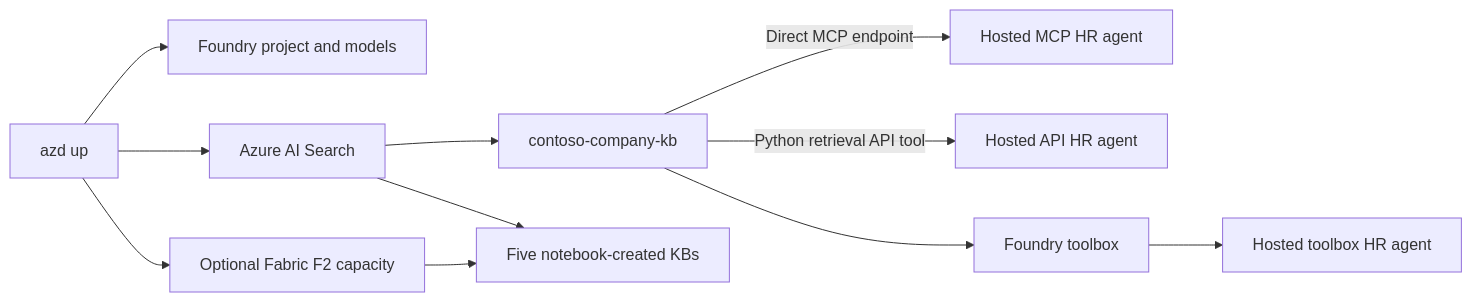
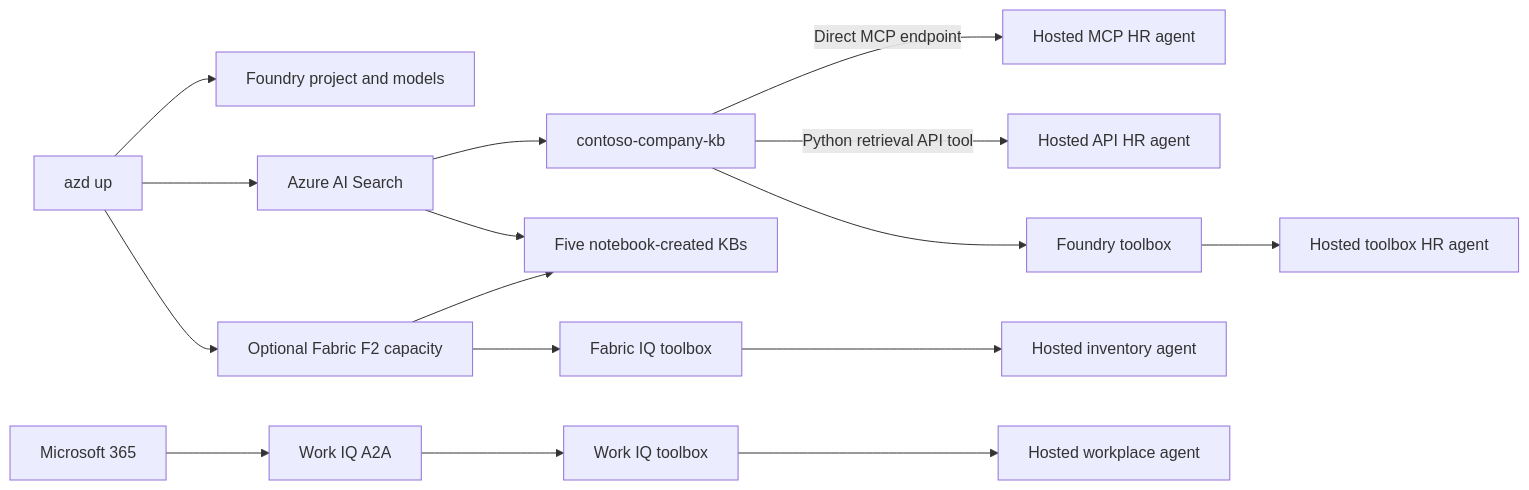
Before and after one commit to microsoft/iqdeepdive: the diagram in README.md, drawn with Mermaid. The commit also changed other lines of this file and 24 other files, not shown here.

Commit message:
Add examples with Fabric IQ and workIQ via Foundry Toolbox

````diff
--- a/README.md
+++ b/README.md
@@ -11,13 +11,18 @@
 ```mermaid
 flowchart LR
   azd[azd up] --> foundry[Foundry project and models]
   azd --> search[Azure AI Search]
   azd --> fabric[Optional Fabric F2 capacity]
   search --> agentkb[contoso-company-kb]
   agentkb -->|Direct MCP endpoint| mcpagent[Hosted MCP HR agent]
   agentkb -->|Python retrieval API tool| apiagent[Hosted API HR agent]
   agentkb --> toolbox[Foundry toolbox]
   toolbox --> toolboxagent[Hosted toolbox HR agent]
   search --> notebooks[Five notebook-created KBs]
   fabric --> notebooks
+  fabric --> fabrictoolbox[Fabric IQ toolbox]
+  fabrictoolbox --> fabricagent[Hosted inventory agent]
+  m365[Microsoft 365] --> workiq[Work IQ A2A]
+  workiq --> workiqtoolbox[Work IQ toolbox]
+  workiqtoolbox --> workiqagent[Hosted workplace agent]
 ```
````
